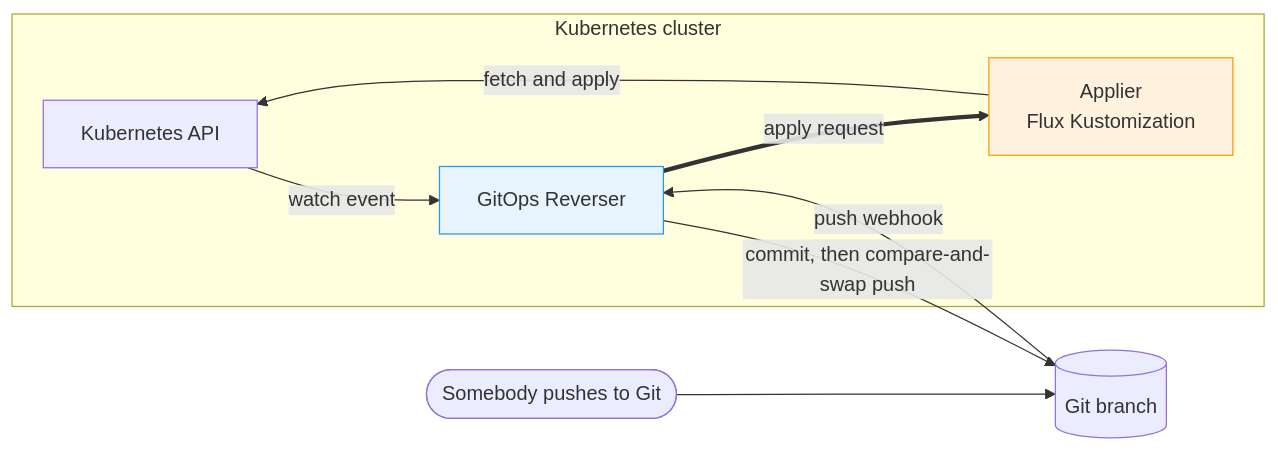
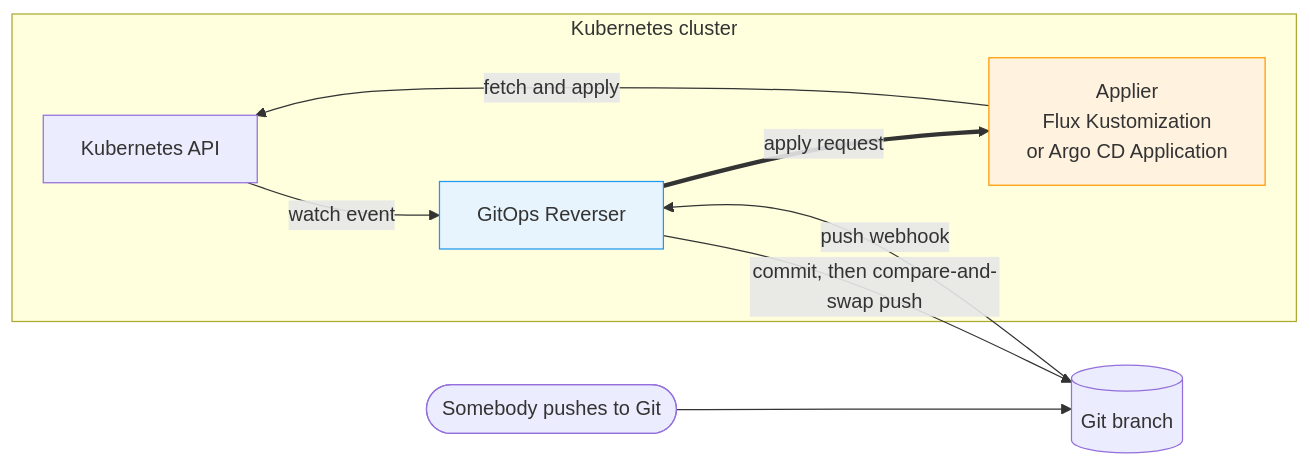
Before and after one commit to ConfigButler/gitops-reverser: the first of 3 diagrams in docs/bi-directional.md, drawn with Mermaid. The commit also changed other lines of this file and 23 other files, not shown here.

First line of the commit message:
feat(controller): check an Argo CD applier, grant its RBAC, and document it

````diff
--- a/docs/bi-directional.md
+++ b/docs/bi-directional.md
@@ -24,20 +22,20 @@
 ```mermaid
 flowchart LR
     subgraph CLUSTER["Kubernetes cluster"]
         API["Kubernetes API"]
         REV["GitOps Reverser"]
-        APP["Applier<br/>Flux Kustomization"]
+        APP["Applier<br/>Flux Kustomization<br/>or Argo CD Application"]
     end
     GIT[("Git branch")]
     HUMAN(["Somebody pushes to Git"])
 
     API -->|"watch event"| REV
     REV -->|"commit, then compare-and-swap push"| GIT
     HUMAN --> GIT
     GIT -->|"push webhook"| REV
     REV ==>|"apply request"| APP
     APP -->|"fetch and apply"| API
 
     style REV fill:#e8f4fd,stroke:#2196f3
     style APP fill:#fff3e0,stroke:#ff9800
 ```
````
